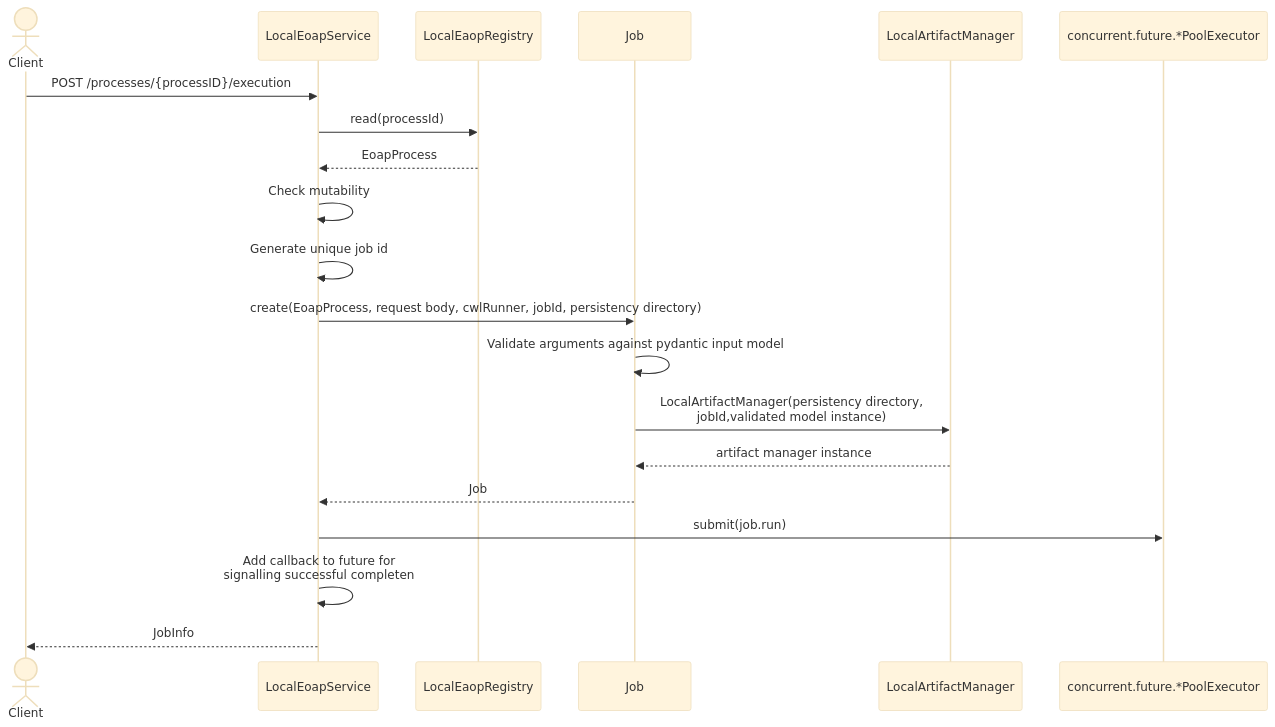
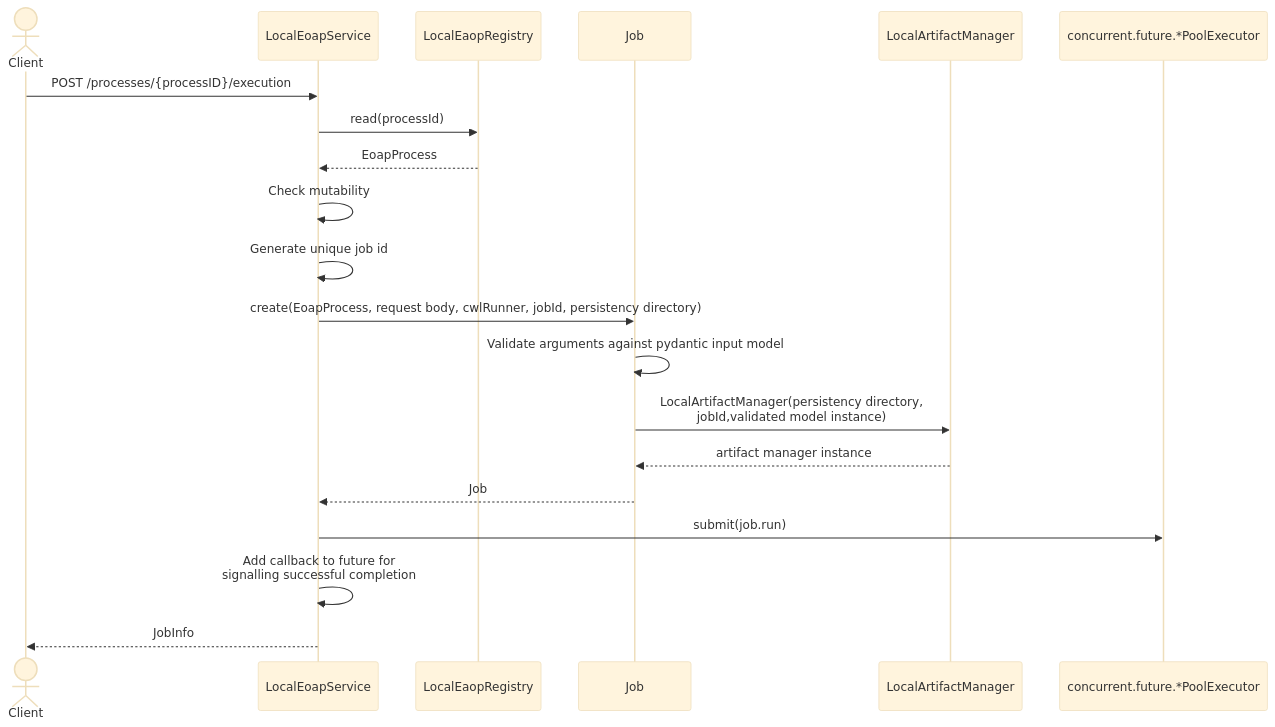
The diagram in docs/assets/operations/requesting-execution.mmd (eo-tools/eozilla-eoap), drawn with Mermaid (base theme) before and after one commit. The commit also changed 1 other file, not shown here.

```diff
--- a/docs/assets/operations/requesting-execution.mmd
+++ b/docs/assets/operations/requesting-execution.mmd
@@ -1,24 +1,24 @@
 sequenceDiagram
     actor Client
     participant S as LocalEoapService
     participant R as LocalEaopRegistry
     participant J as Job
     participant AM as LocalArtifactManager
     participant E as concurrent.future.*PoolExecutor
 
     Client->>S: POST /processes/{processID}/execution
     S->>R: read(processId)
     R-->>S: EoapProcess
     S->>S: Check mutability
     S->>S: Generate unique job id
     
     S->>J: create(EoapProcess, request body, cwlRunner, jobId, persistency directory)
     J->>J: Validate arguments against pydantic input model
     J->>AM: LocalArtifactManager(persistency directory,<br/>jobId,validated model instance)
     AM-->>J: artifact manager instance
     J-->>S: Job
 
     S->>E: submit(job.run)
-    S->>S: Add callback to future for<br/>signalling successful completen
+    S->>S: Add callback to future for<br/>signalling successful completion
 
     S-->>Client: JobInfo
```
